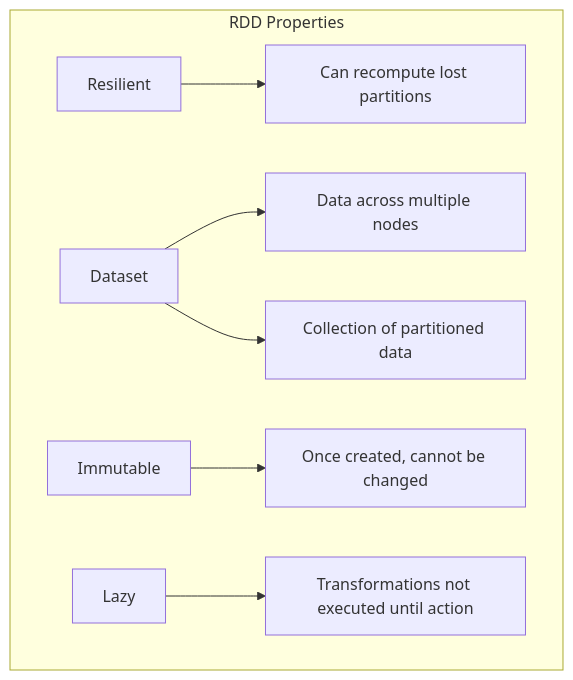
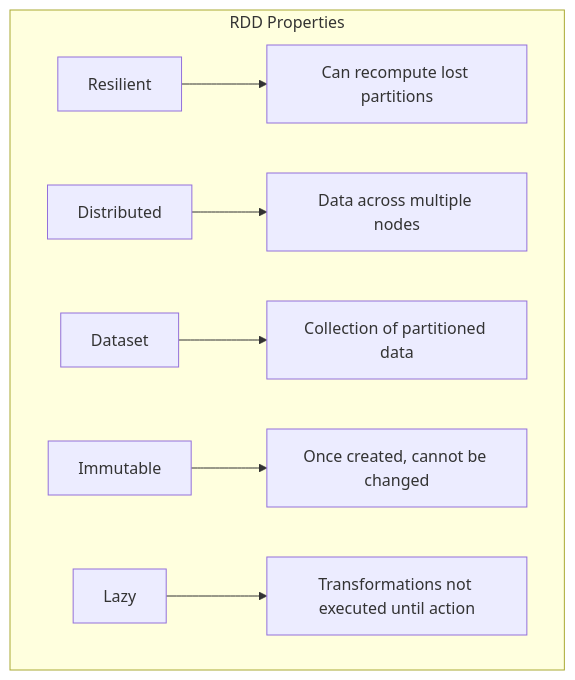
One commit to vanos001/placement_prep changed the second of 9 diagrams in src/distributed/mapreduce/spark.md. Above: the diagram before and after it, drawn with Mermaid. The commit also changed 4 other files, not shown here.

First line of the commit message:
Fix Mermaid syntax errors: concurrency-control graph declaration, transactional-memory braces, spark duplicate node ID

````diff
--- a/src/distributed/mapreduce/spark.md
+++ b/src/distributed/mapreduce/spark.md
@@ -36,10 +36,10 @@
 ```mermaid
 graph TD
     subgraph "RDD Properties"
         R[Resilient] --> R1["Can recompute lost partitions"]
         D[Distributed] --> D1["Data across multiple nodes"]
-        D[Dataset] --> D2["Collection of partitioned data"]
+        DS[Dataset] --> D2["Collection of partitioned data"]
         I[Immutable] --> I1["Once created, cannot be changed"]
         L[Lazy] --> L1["Transformations not executed until action"]
     end
 ```
````
